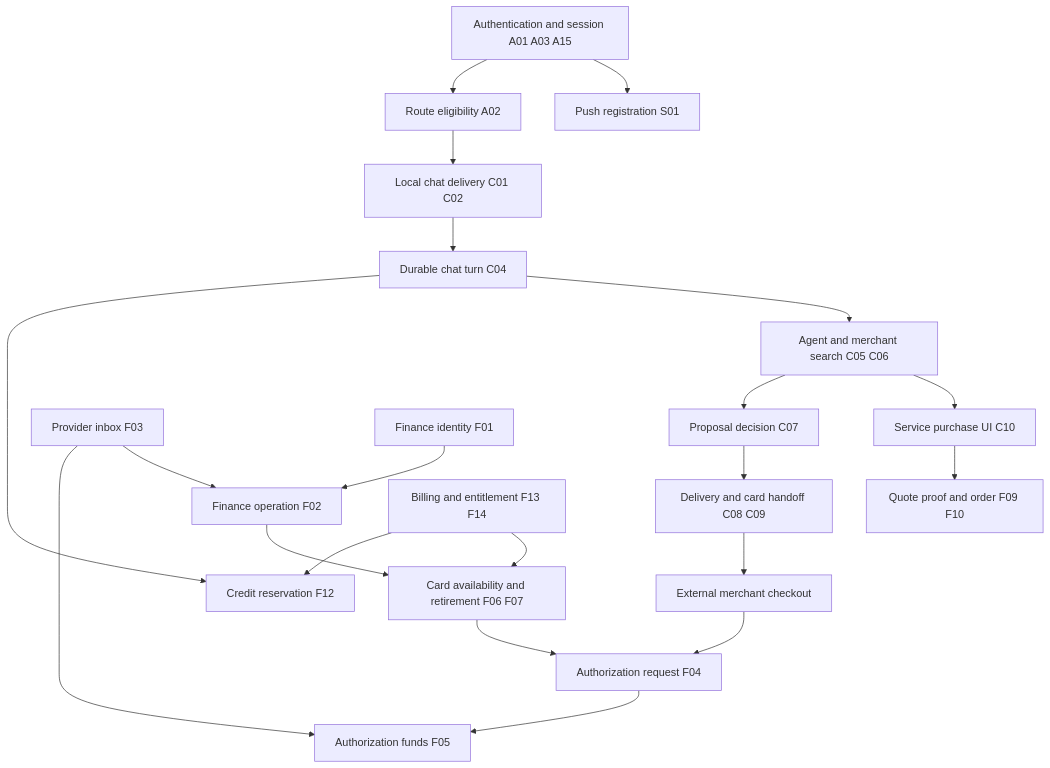
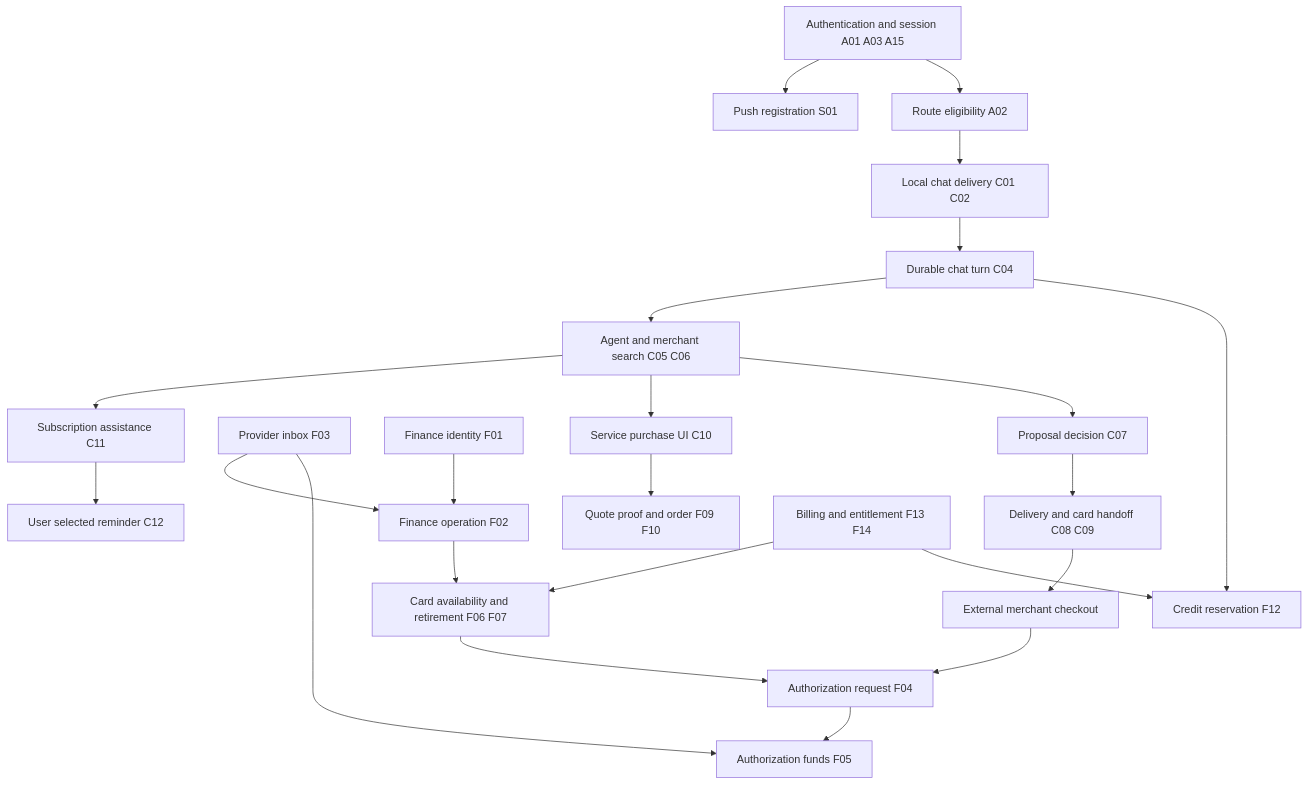
The diagram in docs/state-machines/README.md (pappycoder/Bonde-Backend), drawn with Mermaid before and after one commit. The commit also changed other lines of this file and 16 other files, not shown here.

First line of the commit message:
feat: add subscription assistance for Netflix and Spotify

````diff
--- a/docs/state-machines/README.md
+++ b/docs/state-machines/README.md
@@ -28,23 +28,25 @@
 ```mermaid
 flowchart TD
     Auth[Authentication and session A01 A03 A15] --> Gate[Route eligibility A02]
     Gate --> Chat[Local chat delivery C01 C02]
     Chat --> Turn[Durable chat turn C04]
     Turn --> Credit[Credit reservation F12]
     Turn --> Agent[Agent and merchant search C05 C06]
     Agent --> Proposal[Proposal decision C07]
     Proposal --> Checkout[Delivery and card handoff C08 C09]
     Checkout --> Merchant[External merchant checkout]
     Merchant --> Authorization[Authorization request F04]
     Authorization --> Hold[Authorization funds F05]
     Events[Provider inbox F03] --> Hold
     Events --> Operation[Finance operation F02]
     Setup[Finance identity F01] --> Operation
     Operation --> Card[Card availability and retirement F06 F07]
     Card --> Authorization
     Agent --> ServiceUI[Service purchase UI C10]
+    Agent --> Subscription[Subscription assistance C11]
+    Subscription --> Reminder[User selected reminder C12]
     ServiceUI --> Service[Quote proof and order F09 F10]
     Billing[Billing and entitlement F13 F14] --> Credit
     Billing --> Card
     Auth --> Push[Push registration S01]
 ```
````
